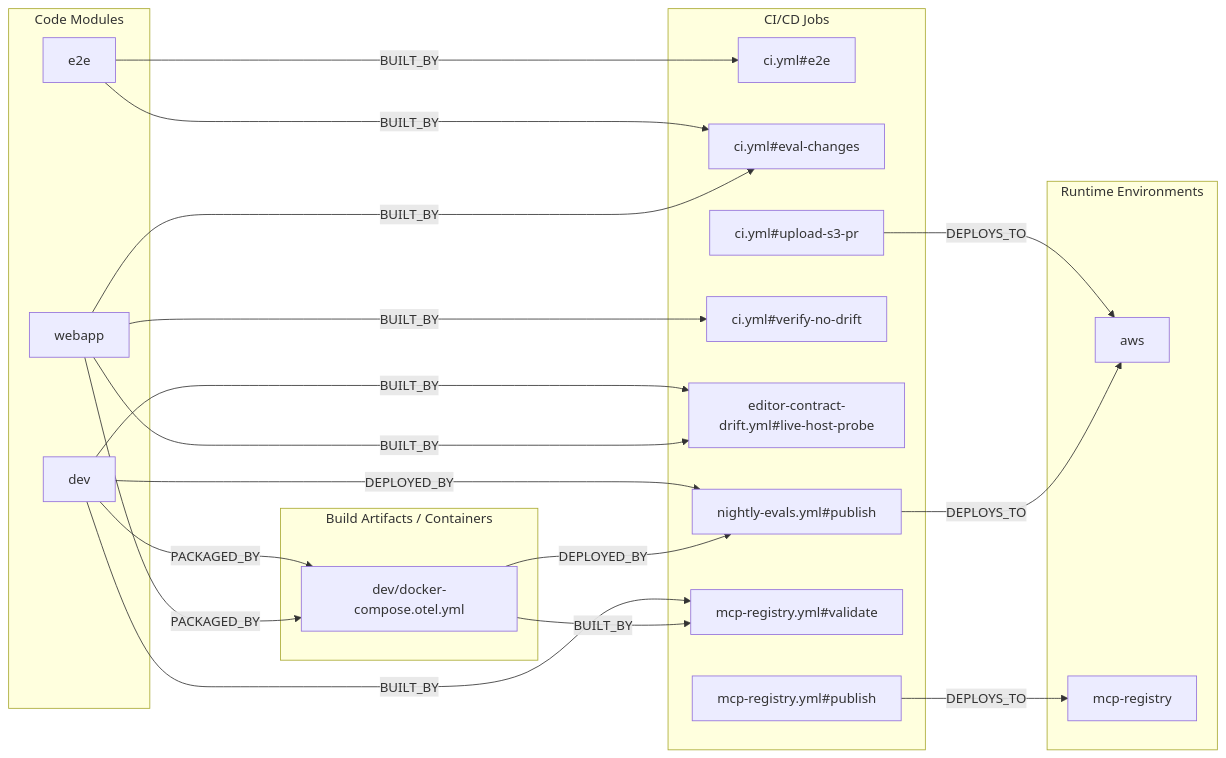
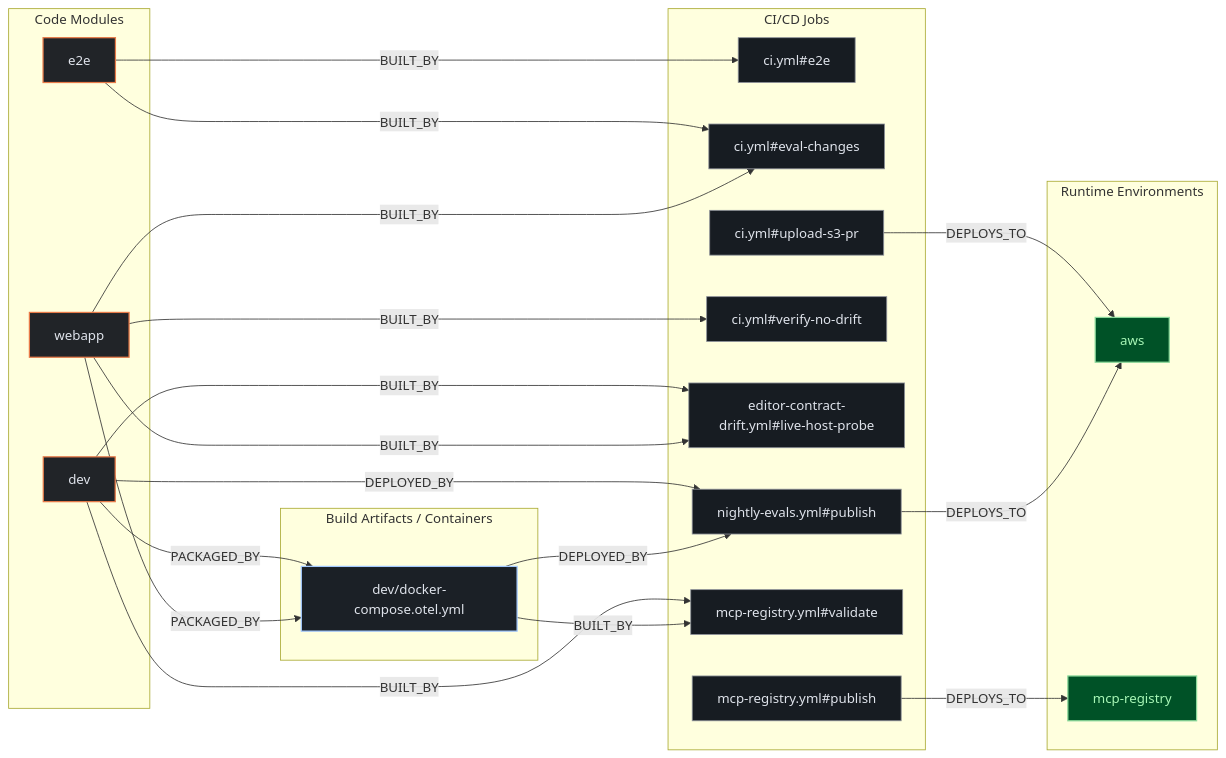
One commit to kumarshaz/atruss-code-atlas changed the second of 3 diagrams in exports/latest/reports/mattermost-mattermost-plugin-agents-report.md. Above: the diagram before and after it, drawn with Mermaid. The commit also changed other lines of this file and 331 other files, not shown here.

Commit message:
docs,ui,fix: update SDLC docs, reorder CI/CD DAG first, stylize Mermaid, and fix Arc42 pipeline topology

````diff
--- a/exports/latest/reports/mattermost-mattermost-plugin-agents-report.md
+++ b/exports/latest/reports/mattermost-mattermost-plugin-agents-report.md
@@ -220,40 +227,44 @@
 ```mermaid
 flowchart LR
+    classDef atlasCategory fill:#212428,stroke:#E87A48,stroke-width:1.5px,color:#dfe3eb
+    classDef atlasWorkflow fill:#1b2026,stroke:#a3c9ff,stroke-width:1.5px,color:#dfe3eb
+    classDef atlasJob fill:#171c22,stroke:#8d9199,stroke-width:1px,color:#dfe3eb
+    classDef atlasTarget fill:#005227,stroke:#8bd99b,stroke-width:1.5px,color:#a7f6b6
     subgraph code_modules["Code Modules"]
-        mod_dev["dev"]
-        mod_e2e["e2e"]
-        mod_webapp["webapp"]
+        mod_dev["dev"]:::atlasCategory
+        mod_e2e["e2e"]:::atlasCategory
+        mod_webapp["webapp"]:::atlasCategory
     end
     subgraph build_artifacts["Build Artifacts / Containers"]
-        art_dev_docker_compose_otel_yml["dev/docker-compose.otel.yml"]
+        art_dev_docker_compose_otel_yml["dev/docker-compose.otel.yml"]:::atlasWorkflow
     end
     subgraph ci_jobs["CI/CD Jobs"]
-        job_ci_yml_e2e["ci.yml#e2e"]
-        job_ci_yml_eval_changes["ci.yml#eval-changes"]
-        job_ci_yml_upload_s3_pr["ci.yml#upload-s3-pr"]
-        job_ci_yml_verify_no_drift["ci.yml#verify-no-drift"]
-        job_editor_contract_drift_yml_live_host_probe["editor-contract-drift.yml#live-host-probe"]
-        job_mcp_registry_yml_publish["mcp-registry.yml#publish"]
-        job_mcp_registry_yml_validate["mcp-registry.yml#validate"]
-        job_nightly_evals_yml_publish["nightly-evals.yml#publish"]
+        job_ci_yml_e2e["ci.yml#e2e"]:::atlasJob
+        job_ci_yml_eval_changes["ci.yml#eval-changes"]:::atlasJob
+        job_ci_yml_upload_s3_pr["ci.yml#upload-s3-pr"]:::atlasJob
+        job_ci_yml_verify_no_drift["ci.yml#verify-no-drift"]:::atlasJob
+        job_editor_contract_drift_yml_live_host_probe["editor-contract-drift.yml#live-host-probe"]:::atlasJob
+        job_mcp_registry_yml_publish["mcp-registry.yml#publish"]:::atlasJob
+        job_mcp_registry_yml_validate["mcp-registry.yml#validate"]:::atlasJob
+        job_nightly_evals_yml_publish["nightly-evals.yml#publish"]:::atlasJob
     end
     subgraph runtime_envs["Runtime Environments"]
-        env_aws["aws"]
-        env_mcp_registry["mcp-registry"]
+        env_aws["aws"]:::atlasTarget
+        env_mcp_registry["mcp-registry"]:::atlasTarget
     end
     job_ci_yml_upload_s3_pr -->|DEPLOYS_TO| env_aws
     job_mcp_registry_yml_publish -->|DEPLOYS_TO| env_mcp_registry
     job_nightly_evals_yml_publish -->|DEPLOYS_TO| env_aws
     mod_dev -->|BUILT_BY| job_editor_contract_drift_yml_live_host_probe
     mod_dev -->|BUILT_BY| job_mcp_registry_yml_validate
     mod_dev -->|DEPLOYED_BY| job_nightly_evals_yml_publish
     mod_dev -->|PACKAGED_BY| art_dev_docker_compose_otel_yml
     mod_e2e -->|BUILT_BY| job_ci_yml_e2e
     mod_e2e -->|BUILT_BY| job_ci_yml_eval_changes
     mod_webapp -->|BUILT_BY| job_ci_yml_eval_changes
     mod_webapp -->|BUILT_BY| job_ci_yml_verify_no_drift
     mod_webapp -->|BUILT_BY| job_editor_contract_drift_yml_live_host_probe
     mod_webapp -->|PACKAGED_BY| art_dev_docker_compose_otel_yml
     art_dev_docker_compose_otel_yml -->|BUILT_BY| job_mcp_registry_yml_validate
     art_dev_docker_compose_otel_yml -->|DEPLOYED_BY| job_nightly_evals_yml_publish
 ```
````
